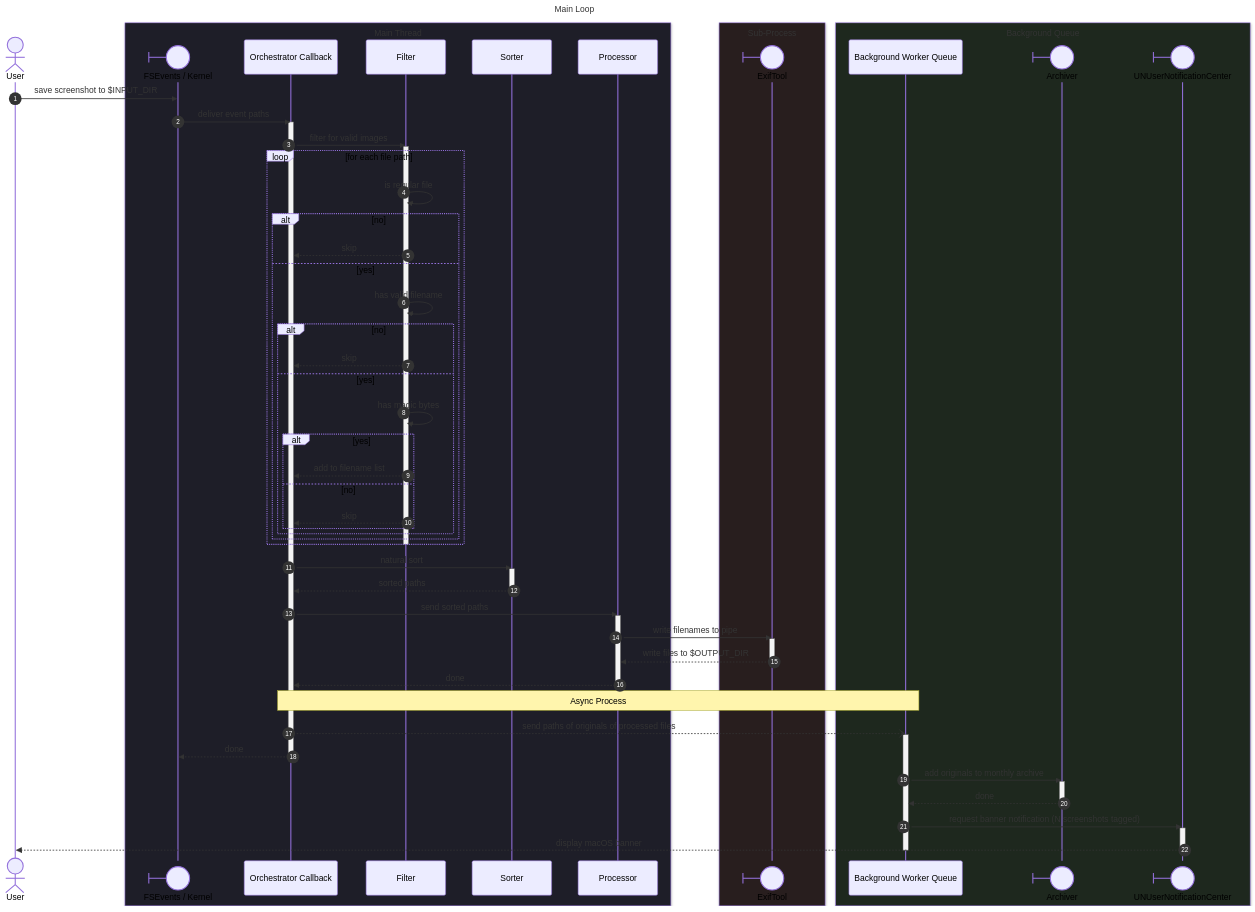
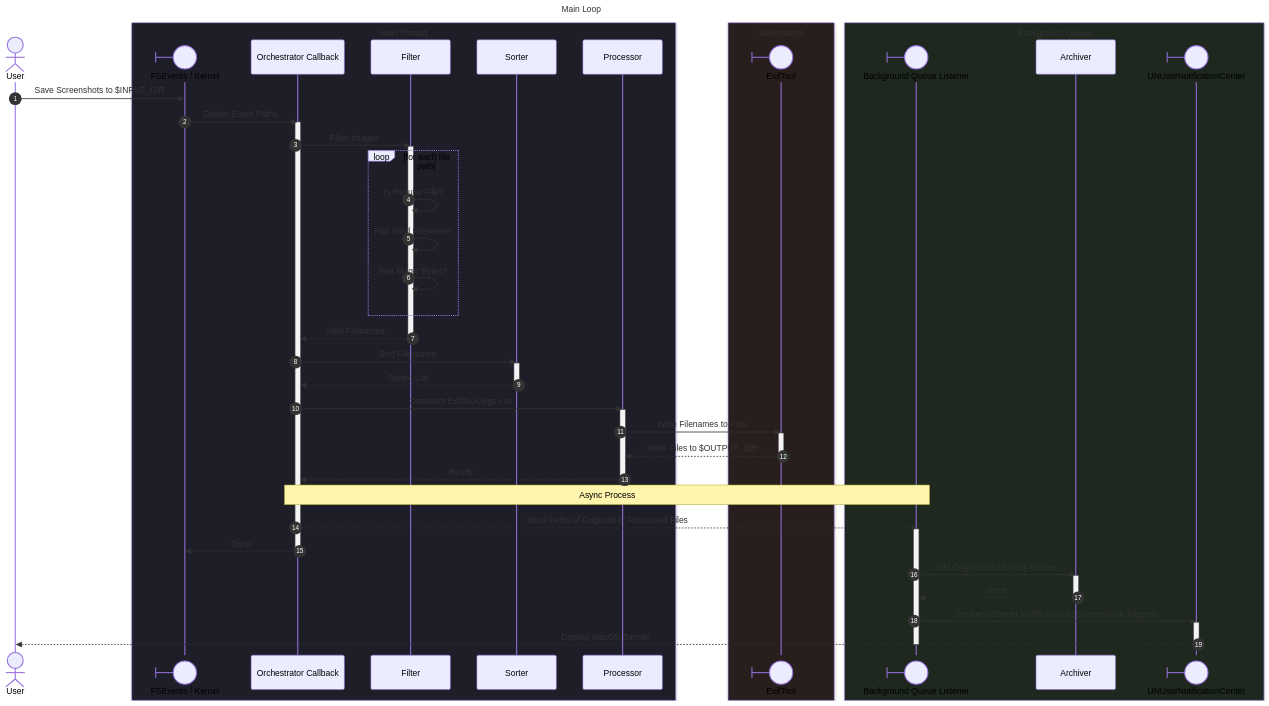
The sixth of 6 diagrams in Specification.md (CharlesMC11/sst), drawn with Mermaid before and after one commit. The commit also changed other lines of this file, not shown here.

Commit message:
Update charts

````diff
--- a/Specification.md
+++ b/Specification.md
@@ -179,72 +253,60 @@
   participant P as Processor
 end
 
-box rgb(40, 30, 30) Sub-Process
+box rgb(40, 30, 30) Subprocess
   participant ET@{ type: boundary } as ExifTool
 end
 
 box rgb(30, 40, 30) Background Queue
-  participant BG as Background Worker Queue
-  participant A@{ type: boundary } as Archiver
+  participant BG@{ type: boundary } as Background Queue Listener
+  participant A as Archiver
   participant N@{ type: boundary } as UNUserNotificationCenter
 end
 
-User ->> FS : save screenshot to $INPUT_DIR
-FS ->> O : deliver event paths
+User ->> FS : Save Screenshots to $INPUT_DIR
+FS ->> O : Deliver Event Paths
 
 activate O
-  O ->> F : filter for valid images
+  O ->> F : Filter Images
     activate F
       loop for each file path
-        F ->> F : is regular file
-        alt no
-          F -->> O : skip
-        else yes
-          F ->> F : has valid filename
-          alt no
-            F -->> O : skip
-          else yes
-            F ->> F : has magic bytes
-            alt yes
-              F -->> O : add to filename list
-            else no
-              F -->> O : skip
-            end
-          end
-        end
+        F ->> F : Is Regular File?
+        F ->> F : Has Valid Filename?
+        F ->> F : Has Magic Bytes?
       end
+      F -->> O : Valid Filenames
     deactivate F
 
-  O ->> S : natural sort
+  O ->> S : Sort Filenames
   activate S
-    S -->> O : sorted paths
+    S -->> O : Sorted List
   deactivate S
 
-  O ->> P : send sorted paths
+  O ->> P : Construct ExifTool Args List
   activate P
-    P ->> ET : write filenames to pipe
-      activate ET
-        ET -->> P : write files to $OUTPUT_DIR
-      deactivate ET
-    P -->> O : done
+    P ->> ET : Write Filenames to Pipe
+    activate ET
+      ET -->> P : Write Files to $OUTPUT_DIR
+    deactivate ET
+    P -->> O : Ready
   deactivate P
 
   Note over O,BG: Async Process
-  O --) BG : send paths of originals of processed files
+  O --) BG : Send Paths of Originals of Processed Files
   activate BG
-    O -->> FS : done
+    O -->> FS : Done
 
 deactivate O
 
-    BG ->> A : add originals to monthly archive
+    BG ->> A : Add Originals to Monthly Archive
     activate A
-    A -->> BG : done
+    A -->> BG : Done
     deactivate A
 
-    BG ->> N : request banner notification (N screenshots tagged)
+    BG ->> N : Request Banner Notification (N Screenshots Tagged)
 
     activate N
-      N -->> User : display macOS banner
+      N -->> User : Display macOS Banner
     deactivate N
   deactivate BG
 ```
````
